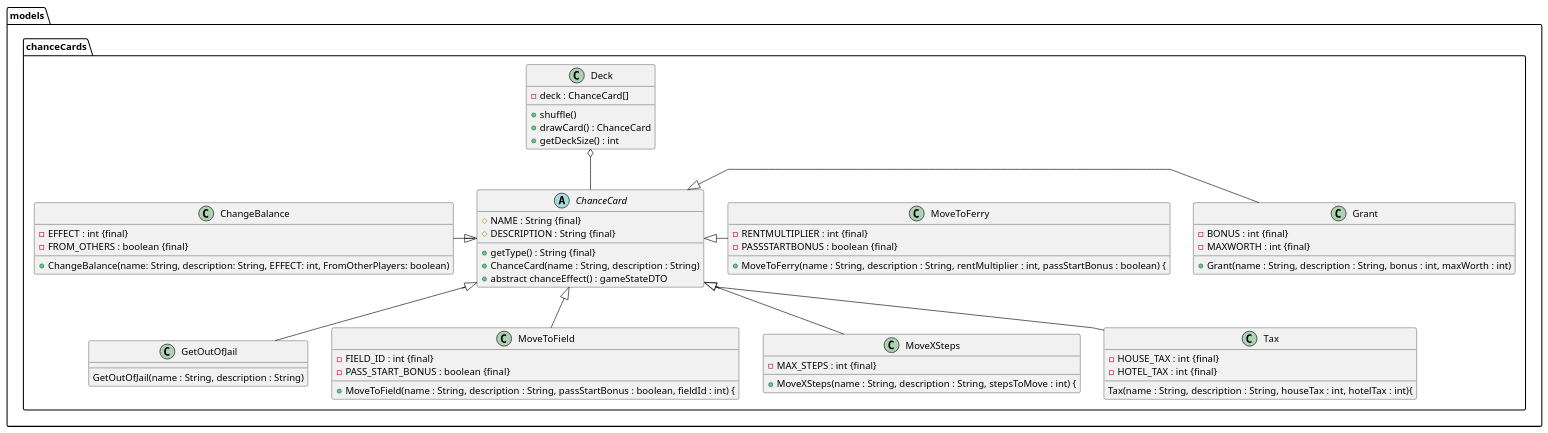
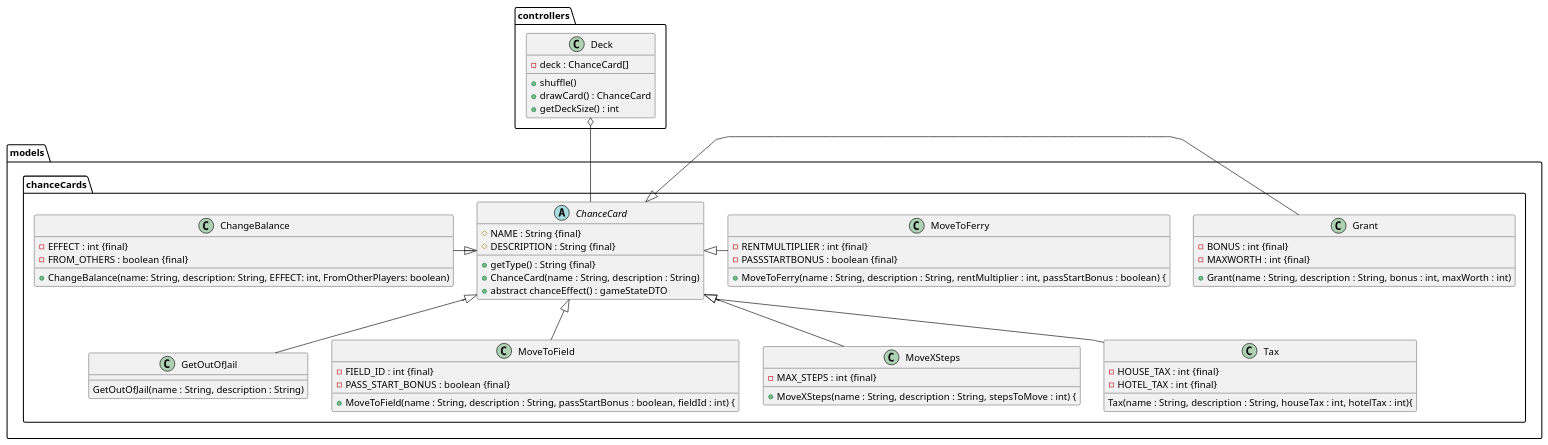
Before and after one commit to Gruppe-10-DTU/CDIO-FINAL: the diagram in src/main/resources/Diagrams/ChanceCardPackage.puml, drawn with PlantUML.

Commit message:
Updated deck to show it's in controllers package

```diff
--- a/src/main/resources/Diagrams/ChanceCardPackage.puml
+++ b/src/main/resources/Diagrams/ChanceCardPackage.puml
@@ -1,64 +1,63 @@
 @startuml
 'https://plantuml.com/class-diagram
 skinparam linetype polyline
 
-
-package models.chanceCards{
-class Deck{
+class controllers.Deck{
  - deck : ChanceCard[]
  + shuffle()
  + drawCard() : ChanceCard
  + getDeckSize() : int
 }
+package models.chanceCards{
 
 abstract ChanceCard{
  # NAME : String {final}
  # DESCRIPTION : String {final}
  + getType() : String {final}
  + ChanceCard(name : String, description : String)
  + abstract chanceEffect() : gameStateDTO
 }
 class ChangeBalance {
  - EFFECT : int {final}
  - FROM_OTHERS : boolean {final}
  + ChangeBalance(name: String, description: String, EFFECT: int, FromOtherPlayers: boolean)
 }
 class GetOutOfJail {
     GetOutOfJail(name : String, description : String)
 }
 class Grant {
  - BONUS : int {final}
  - MAXWORTH : int {final}
  + Grant(name : String, description : String, bonus : int, maxWorth : int)
 }
 class MoveToFerry {
  - RENTMULTIPLIER : int {final}
  - PASSSTARTBONUS : boolean {final}
  + MoveToFerry(name : String, description : String, rentMultiplier : int, passStartBonus : boolean) {
 }
 
 class MoveToField {
  - FIELD_ID : int {final}
  - PASS_START_BONUS : boolean {final}
  + MoveToField(name : String, description : String, passStartBonus : boolean, fieldId : int) {
 }
 class MoveXSteps {
  - MAX_STEPS : int {final}
  + MoveXSteps(name : String, description : String, stepsToMove : int) {
 }
 class Tax {
  - HOUSE_TAX : int {final}
  - HOTEL_TAX : int {final}
  Tax(name : String, description : String, houseTax : int, hotelTax : int){
 }
-Deck o-- ChanceCard
+controllers.Deck o-- ChanceCard
 
 ChanceCard <|-left- ChangeBalance
 ChanceCard <|-right- Grant
 ChanceCard <|-- Tax
 ChanceCard <|-- MoveXSteps
 ChanceCard <|-right- MoveToFerry
 ChanceCard <|-- GetOutOfJail
 ChanceCard <|-- MoveToField
 
 @enduml
```
